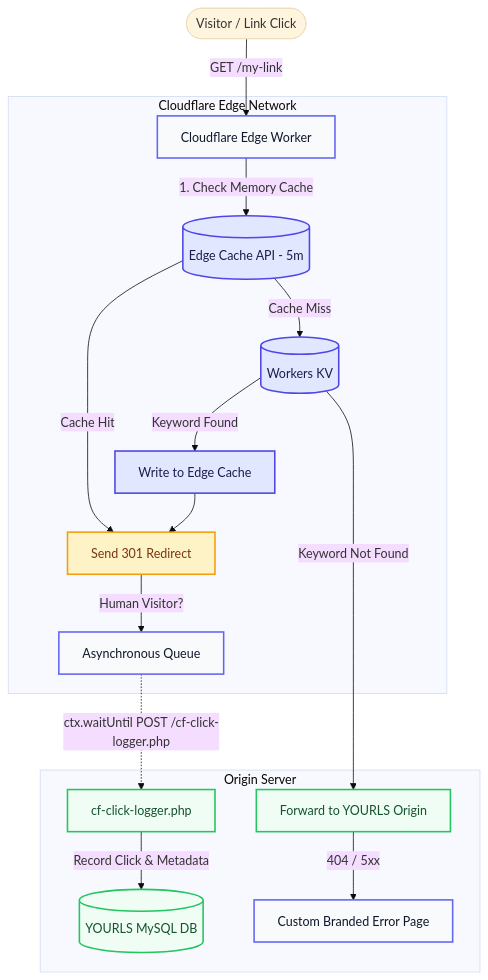
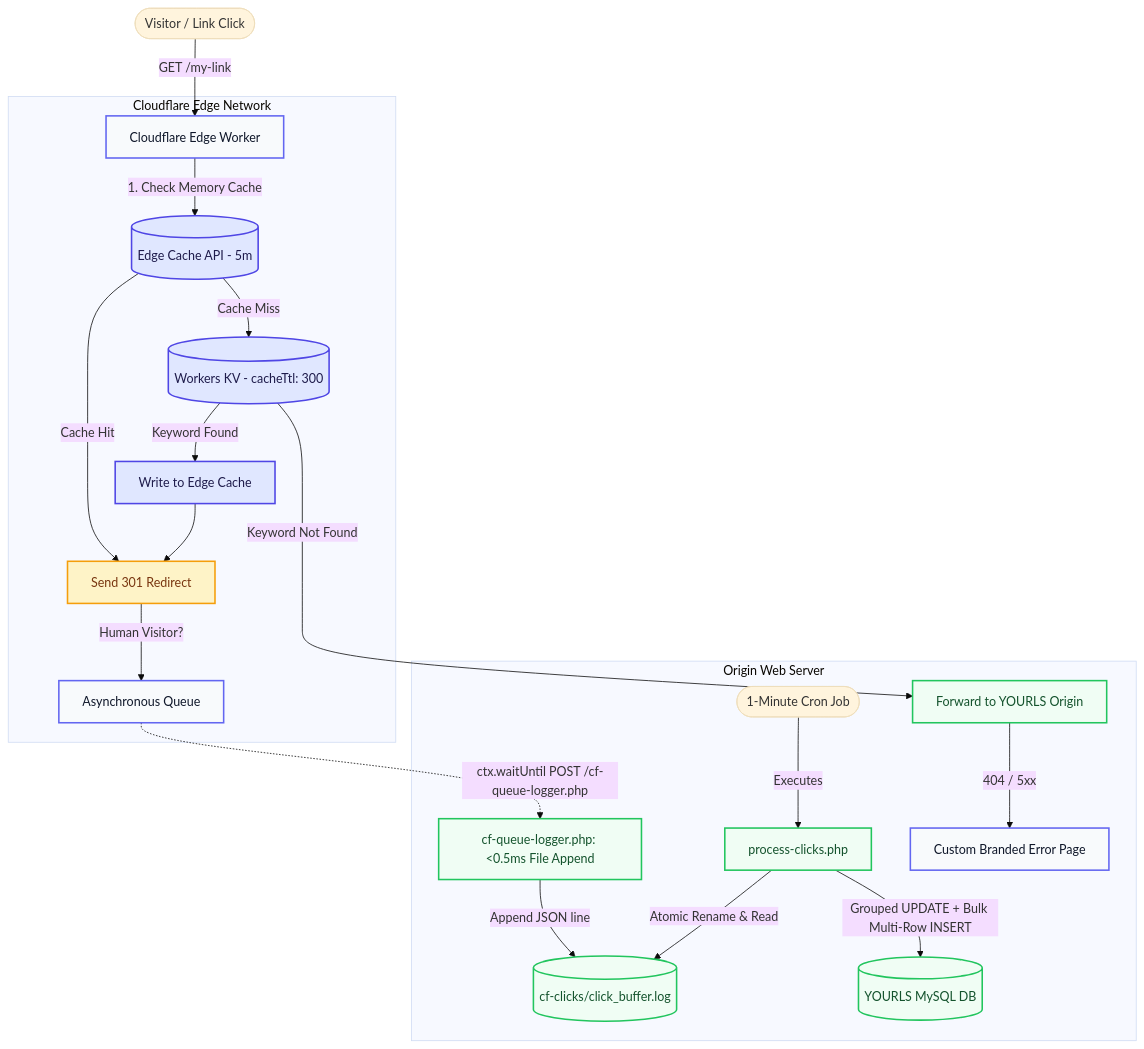
One commit to abdulaqil5/yourls-cloudflare-kv-sync changed the diagram in README.md. Above: the diagram before and after it, drawn with Mermaid (base theme). The commit also changed other lines of this file and 10 other files, not shown here.

Commit message:
feat(v2.0): integrate V8 fast path redirect engine, async queue system, and clean responsive templates

````diff
--- a/README.md
+++ b/README.md
@@ -73,27 +81,31 @@
 ```mermaid
 flowchart TD
   classDef edge fill:#f8fafc,stroke:#6366f1,stroke-width:2px,color:#0f172a;
   classDef cache fill:#e0e7ff,stroke:#4f46e5,stroke-width:2px,color:#1e1b4b;
   classDef origin fill:#f0fdf4,stroke:#22c55e,stroke-width:2px,color:#14532d;
   classDef redirect fill:#fef3c7,stroke:#f59e0b,stroke-width:2px,color:#78350f;
 
   Visitor([Visitor / Link Click]) -->|GET /my-link| Worker[Cloudflare Edge Worker]:::edge
   
   subgraph EdgeTier [" Cloudflare Edge Network "]
     Worker -->|1. Check Memory Cache| EdgeCache[(Edge Cache API - 5m)]:::cache
     EdgeCache -->|Cache Hit| SendRedirect[Send 301 Redirect]:::redirect
     
-    EdgeCache -->|Cache Miss| KVStore[(Workers KV)]:::cache
+    EdgeCache -->|Cache Miss| KVStore[(Workers KV - cacheTtl: 300)]:::cache
     KVStore -->|Keyword Found| WriteCache[Write to Edge Cache]:::cache --> SendRedirect
     
     SendRedirect -->|Human Visitor?| AsyncQueue[Asynchronous Queue]:::edge
   end
 
-  subgraph OriginServer [" Origin Server "]
-    AsyncQueue -.->|ctx.waitUntil POST /cf-click-logger.php| LoggerBridge[cf-click-logger.php]:::origin
-    LoggerBridge -->|Record Click & Metadata| DB[(YOURLS MySQL DB)]:::origin
+  subgraph OriginServer [" Origin Web Server "]
+    AsyncQueue -.->|ctx.waitUntil POST /cf-queue-logger.php| FileBuffer[cf-queue-logger.php: <0.5ms File Append]:::origin
+    FileBuffer -->|Append JSON line| LogFile[(cf-clicks/click_buffer.log)]:::origin
+    
+    CronJob([1-Minute Cron Job]) -->|Executes| BatchProcessor[process-clicks.php]:::origin
+    BatchProcessor -->|Atomic Rename & Read| LogFile
+    BatchProcessor -->|Grouped UPDATE + Bulk Multi-Row INSERT| DB[(YOURLS MySQL DB)]:::origin
     
     KVStore -->|Keyword Not Found| FallbackOrigin[Forward to YOURLS Origin]:::origin
     FallbackOrigin -->|404 / 5xx| CustomHTML[Custom Branded Error Page]:::edge
   end
 ```
````
